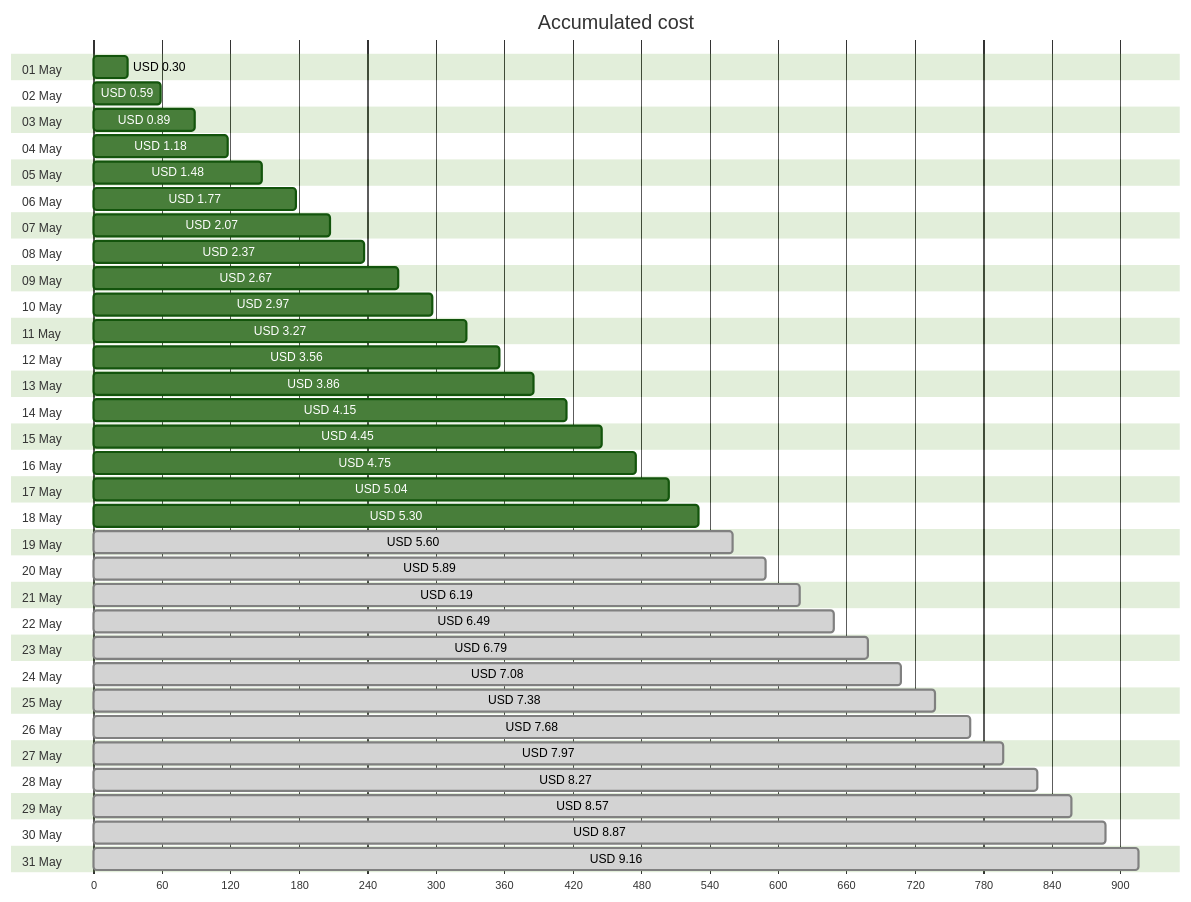
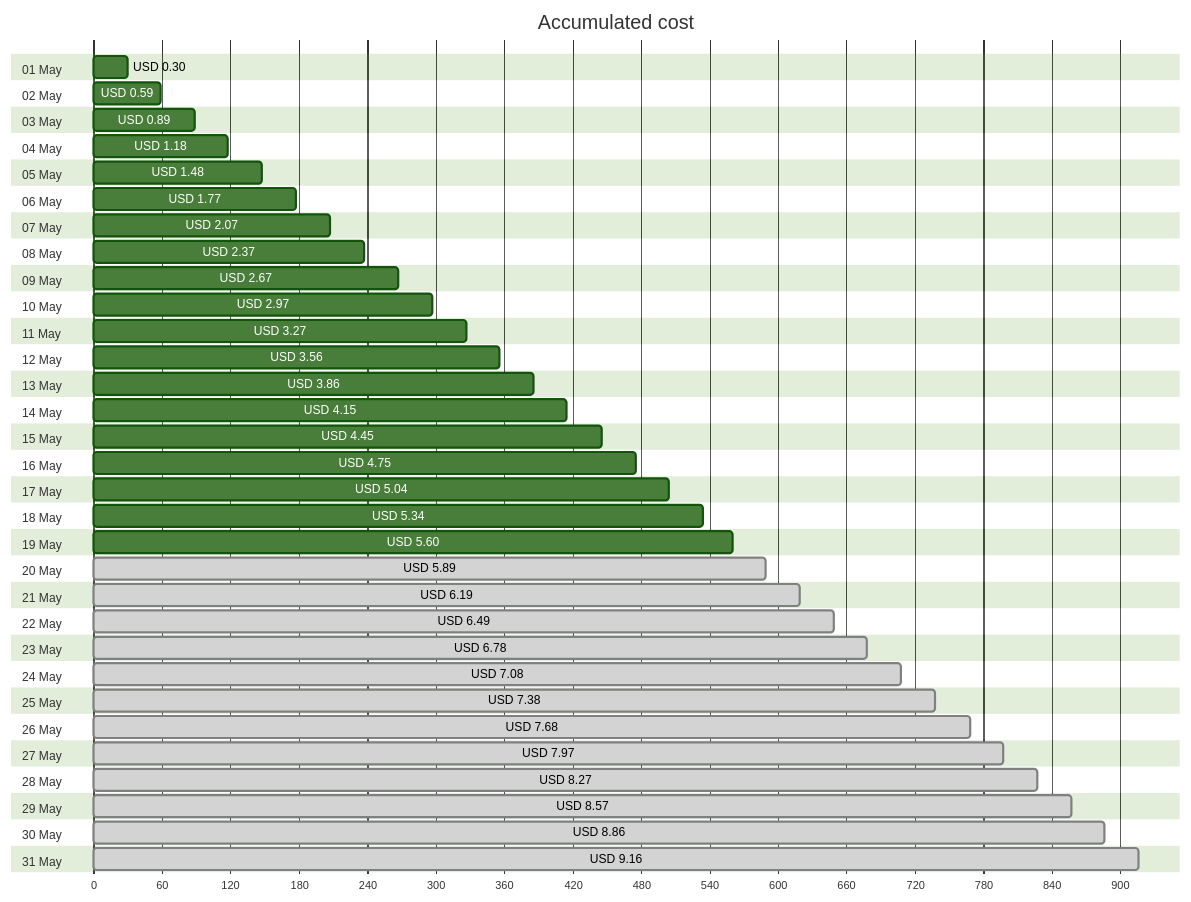
One commit to jpfulton/azure-personal-reports changed the first of 4 diagrams in cost-reports/personal-site/personal-site-preview.md. Above: the diagram before and after it, drawn with Mermaid (forest theme). The commit also changed other lines of this file and 6 other files, not shown here.

````diff
--- a/cost-reports/personal-site/personal-site-preview.md
+++ b/cost-reports/personal-site/personal-site-preview.md
@@ -20,68 +20,68 @@
 ```mermaid
 gantt
    title Accumulated cost
    dateFormat  X
    axisFormat %s
    section 01 May
    USD 0.30 :0, 30
    section 02 May
    USD 0.59 :0, 59
    section 03 May
    USD 0.89 :0, 89
    section 04 May
    USD 1.18 :0, 118
    section 05 May
    USD 1.48 :0, 148
    section 06 May
    USD 1.77 :0, 177
    section 07 May
    USD 2.07 :0, 207
    section 08 May
    USD 2.37 :0, 237
    section 09 May
    USD 2.67 :0, 267
    section 10 May
    USD 2.97 :0, 297
    section 11 May
    USD 3.27 :0, 327
    section 12 May
    USD 3.56 :0, 356
    section 13 May
    USD 3.86 :0, 386
    section 14 May
    USD 4.15 :0, 415
    section 15 May
    USD 4.45 :0, 445
    section 16 May
    USD 4.75 :0, 475
    section 17 May
    USD 5.04 :0, 504
    section 18 May
-   USD 5.30 :0, 530
+   USD 5.34 :0, 534
    section 19 May
-   USD 5.60 : done, 0, 560
+   USD 5.60 :0, 560
    section 20 May
    USD 5.89 : done, 0, 589
    section 21 May
    USD 6.19 : done, 0, 619
    section 22 May
    USD 6.49 : done, 0, 649
    section 23 May
-   USD 6.79 : done, 0, 679
+   USD 6.78 : done, 0, 678
    section 24 May
    USD 7.08 : done, 0, 708
    section 25 May
    USD 7.38 : done, 0, 738
    section 26 May
    USD 7.68 : done, 0, 768
    section 27 May
    USD 7.97 : done, 0, 797
    section 28 May
    USD 8.27 : done, 0, 827
    section 29 May
    USD 8.57 : done, 0, 857
    section 30 May
-   USD 8.87 : done, 0, 887
+   USD 8.86 : done, 0, 886
    section 31 May
    USD 9.16 : done, 0, 916
 ```
````
